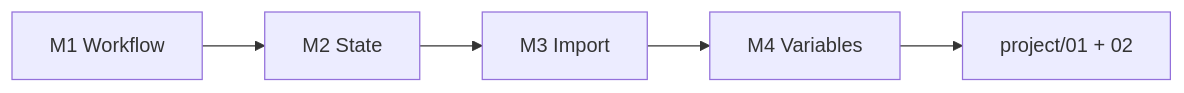
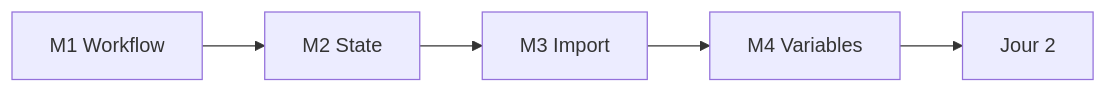
Before and after one commit to msellamiTN/Snowflake-terraform: the diagram in courses/day-01/README.md, drawn with Mermaid. The commit also changed other lines of this file and 64 other files, not shown here.

````diff
--- a/courses/day-01/README.md
+++ b/courses/day-01/README.md
@@ -5,7 +9,7 @@
 ```mermaid
 flowchart LR
     M1[M1 Workflow] --> M2[M2 State]
     M2 --> M3[M3 Import]
     M3 --> M4[M4 Variables]
-    M4 --> P[project/01 + 02]
+    M4 --> J2[Jour 2]
 ```
````
